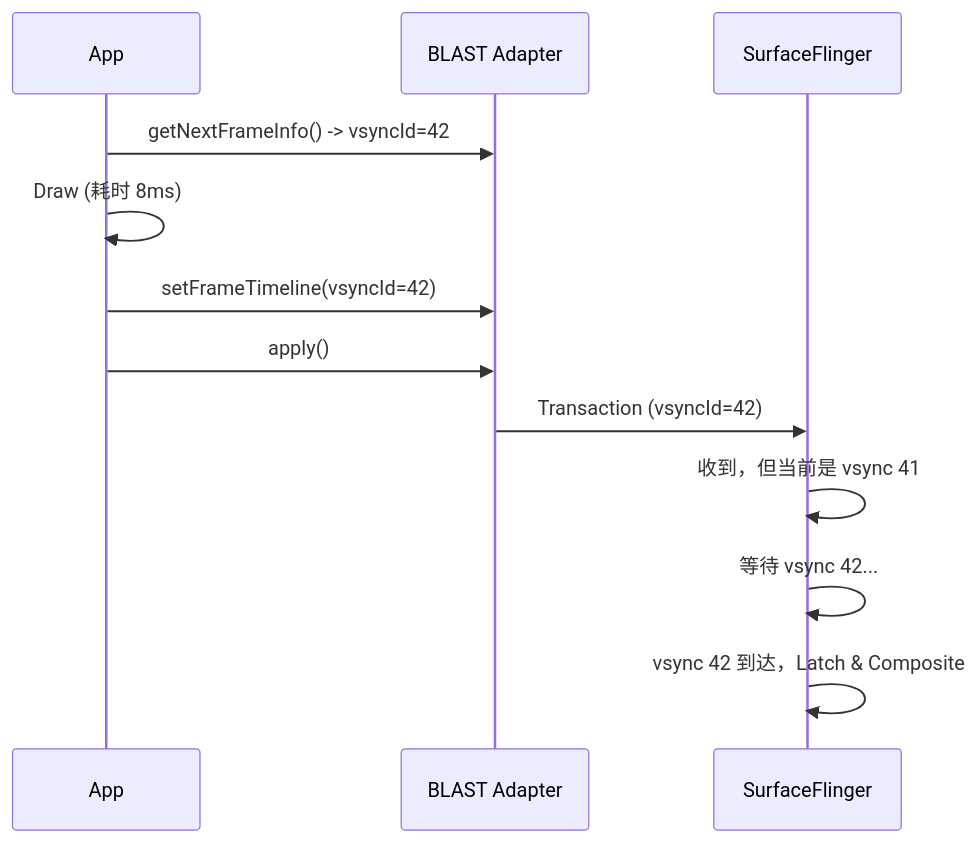
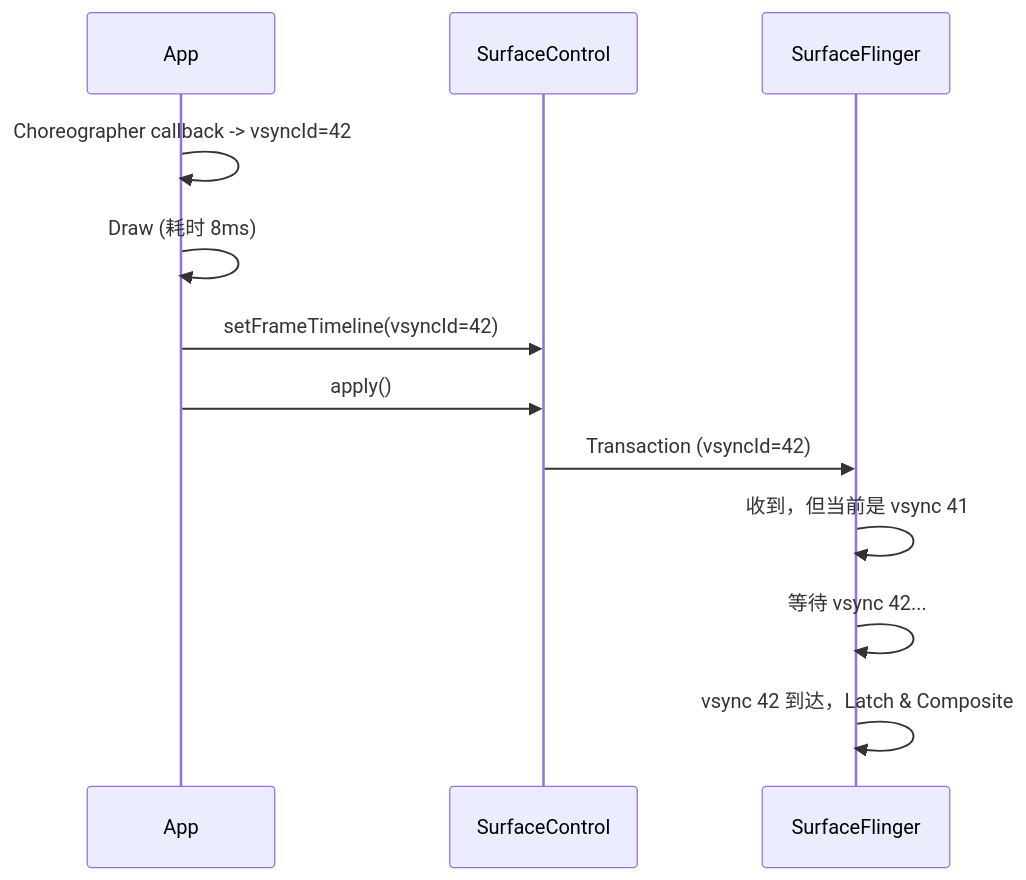
One commit to Gracker/SmartPerfetto changed the diagram in docs/rendering_pipelines/surface_control_api.md. Above: the diagram before and after it, drawn with Mermaid. The commit also changed other lines of this file and 78 other files, not shown here.

````diff
--- a/docs/rendering_pipelines/surface_control_api.md
+++ b/docs/rendering_pipelines/surface_control_api.md
@@ -96,16 +97,16 @@
 ```mermaid
 sequenceDiagram
     participant App
-    participant BBQ as BLAST Adapter
+    participant SC as SurfaceControl
     participant SF as SurfaceFlinger
 
-    App->>BBQ: getNextFrameInfo() -> vsyncId=42
+    App->>App: Choreographer callback -> vsyncId=42
     App->>App: Draw (耗时 8ms)
-    App->>BBQ: setFrameTimeline(vsyncId=42)
-    App->>BBQ: apply()
+    App->>SC: setFrameTimeline(vsyncId=42)
+    App->>SC: apply()
     
-    BBQ->>SF: Transaction (vsyncId=42)
+    SC->>SF: Transaction (vsyncId=42)
     SF->>SF: 收到，但当前是 vsync 41
     SF->>SF: 等待 vsync 42...
     SF->>SF: vsync 42 到达，Latch & Composite
 ```
````
